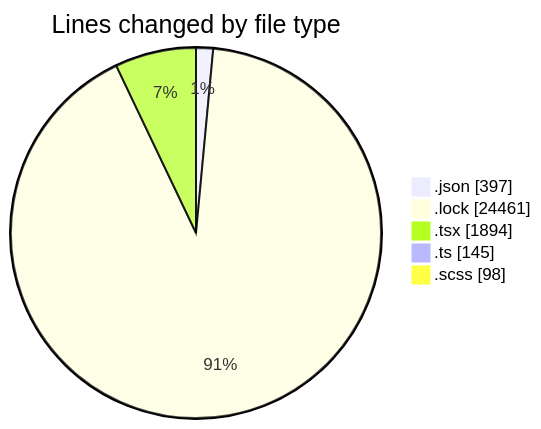
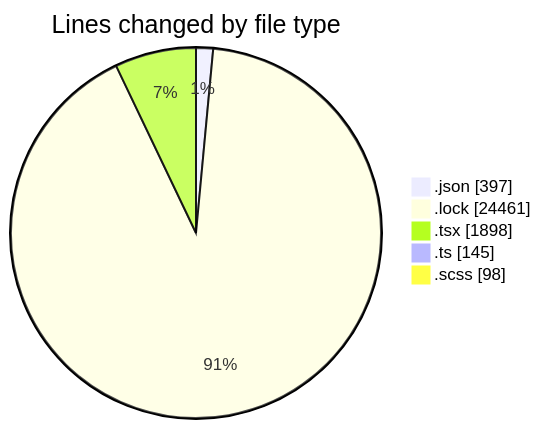
One commit to momahboobian/code-tracking changed the first of 2 diagrams in 2026-05-14/cda/README.md. Above: the diagram before and after it, drawn with Mermaid. The commit also changed other lines of this file and 1 other file, not shown here.

````diff
--- a/2026-05-14/cda/README.md
+++ b/2026-05-14/cda/README.md
@@ -36,9 +36,9 @@
 ```mermaid
 pie showData
 title Lines changed by file type
 ".json" : 397
 ".lock" : 24461
-".tsx" : 1894
+".tsx" : 1898
 ".ts" : 145
 ".scss" : 98
 ```
````
